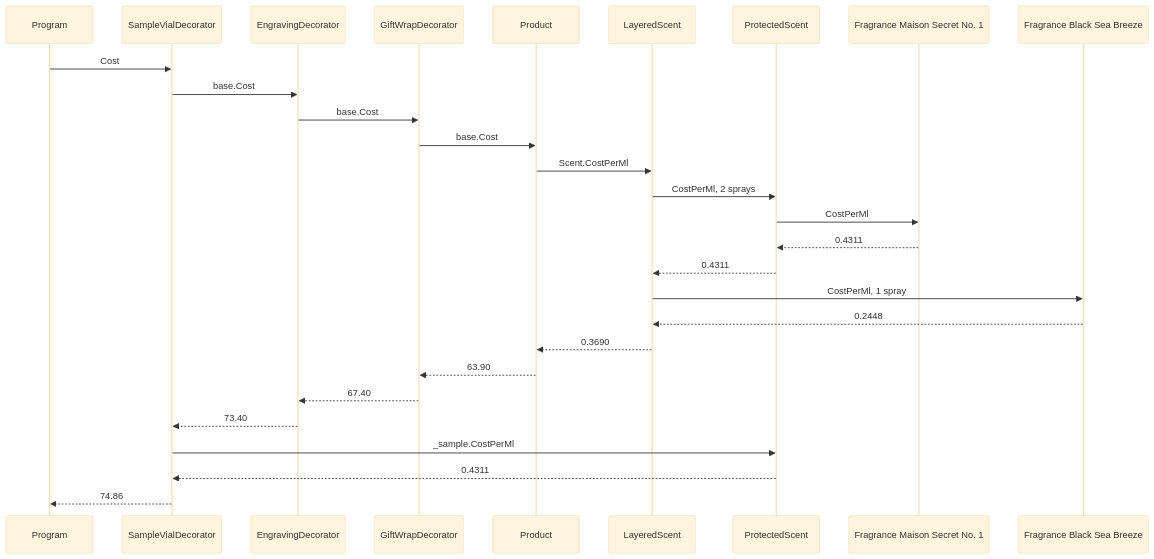
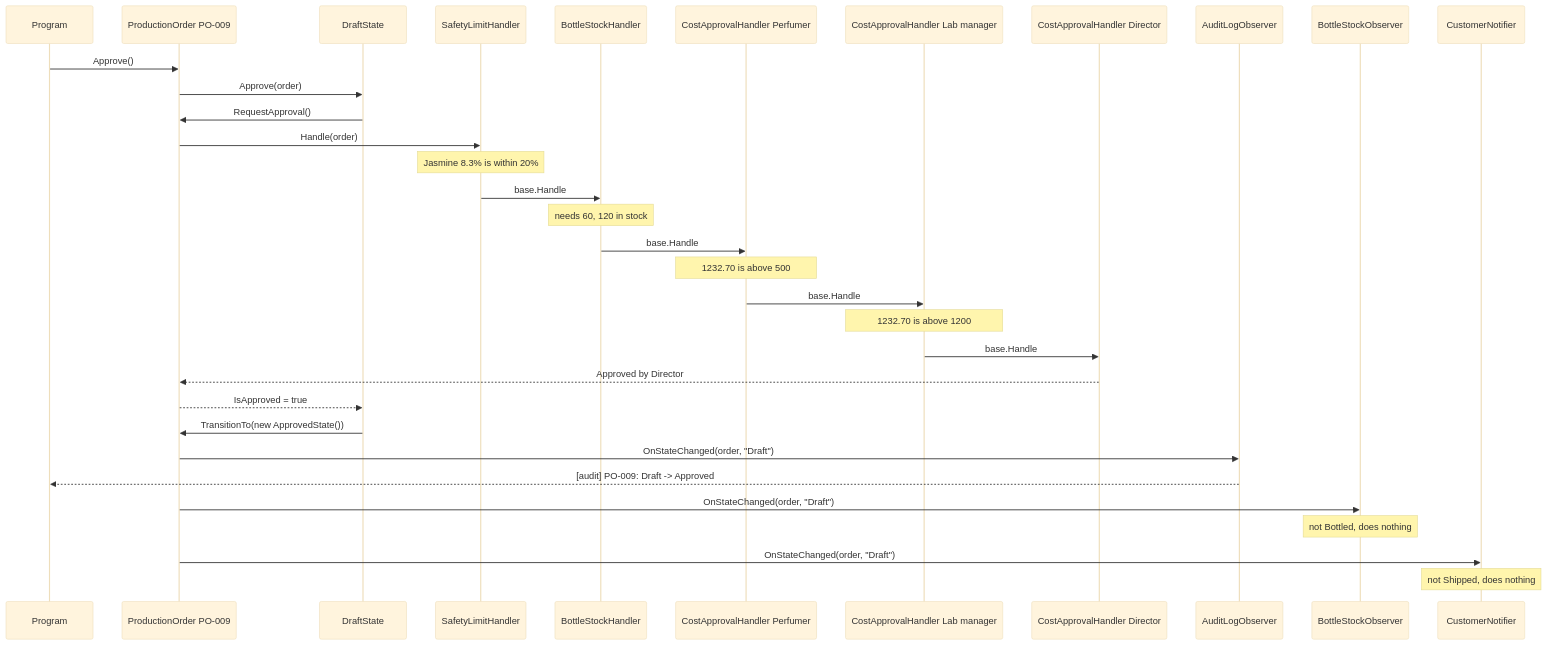
The fifth of 5 diagrams in REPORT.md (m0sji/TMPS_26), drawn with Mermaid (base theme) before and after one commit. The commit also changed other lines of this file and 1 other file, not shown here.

Commit message:
Lab4: report and readme

````diff
--- a/REPORT.md
+++ b/REPORT.md
@@ -492,31 +576,36 @@
 ```mermaid
 sequenceDiagram
     participant C as Program
-    participant S as SampleVialDecorator
-    participant E as EngravingDecorator
-    participant G as GiftWrapDecorator
-    participant P as Product
-    participant L as LayeredScent
-    participant X as ProtectedScent
-    participant F1 as Fragrance Maison Secret No. 1
-    participant F2 as Fragrance Black Sea Breeze
+    participant O as ProductionOrder PO-009
+    participant D as DraftState
+    participant S as SafetyLimitHandler
+    participant B as BottleStockHandler
+    participant P as CostApprovalHandler Perfumer
+    participant L as CostApprovalHandler Lab manager
+    participant R as CostApprovalHandler Director
+    participant A as AuditLogObserver
+    participant K as BottleStockObserver
+    participant N as CustomerNotifier
 
-    C->>S: Cost
-    S->>E: base.Cost
-    E->>G: base.Cost
-    G->>P: base.Cost
-    P->>L: Scent.CostPerMl
-    L->>X: CostPerMl, 2 sprays
-    X->>F1: CostPerMl
-    F1-->>X: 0.4311
-    X-->>L: 0.4311
-    L->>F2: CostPerMl, 1 spray
-    F2-->>L: 0.2448
-    L-->>P: 0.3690
-    P-->>G: 63.90
-    G-->>E: 67.40
-    E-->>S: 73.40
-    S->>X: _sample.CostPerMl
-    X-->>S: 0.4311
-    S-->>C: 74.86
+    C->>O: Approve()
+    O->>D: Approve(order)
+    D->>O: RequestApproval()
+    O->>S: Handle(order)
+    Note over S: Jasmine 8.3% is within 20%
+    S->>B: base.Handle
+    Note over B: needs 60, 120 in stock
+    B->>P: base.Handle
+    Note over P: 1232.70 is above 500
+    P->>L: base.Handle
+    Note over L: 1232.70 is above 1200
+    L->>R: base.Handle
+    R-->>O: Approved by Director
+    O-->>D: IsApproved = true
+    D->>O: TransitionTo(new ApprovedState())
+    O->>A: OnStateChanged(order, "Draft")
+    A-->>C: [audit] PO-009: Draft -> Approved
+    O->>K: OnStateChanged(order, "Draft")
+    Note over K: not Bottled, does nothing
+    O->>N: OnStateChanged(order, "Draft")
+    Note over N: not Shipped, does nothing
 ```
````
